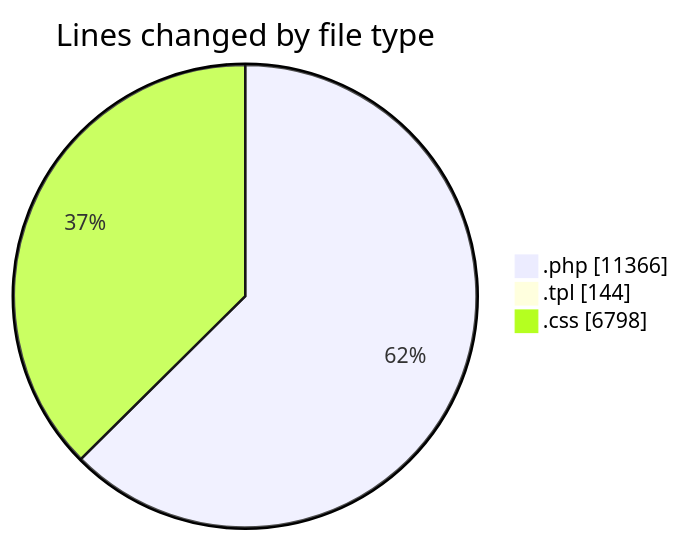
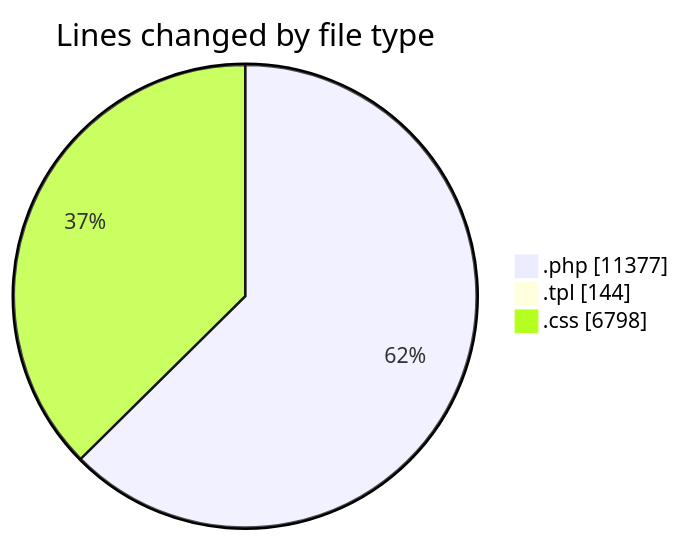
Before and after one commit to vahidmafi/code-tracking: the first of 2 diagrams in 2025-10-04/shop/README.md, drawn with Mermaid. The commit also changed other lines of this file and 1 other file, not shown here.

````diff
--- a/2025-10-04/shop/README.md
+++ b/2025-10-04/shop/README.md
@@ -41,7 +41,7 @@
 ```mermaid
 pie showData
 title Lines changed by file type
-".php" : 11366
+".php" : 11377
 ".tpl" : 144
 ".css" : 6798
 ```
````
